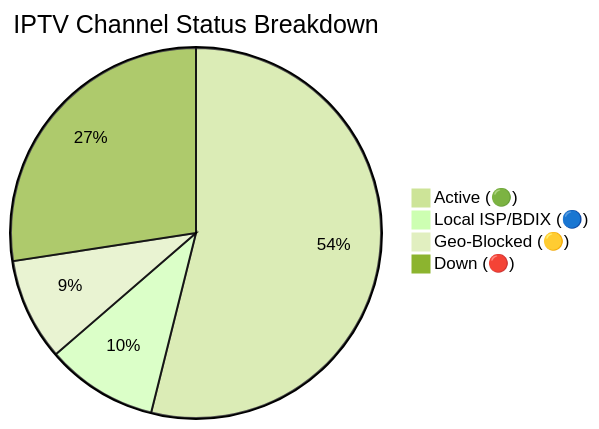
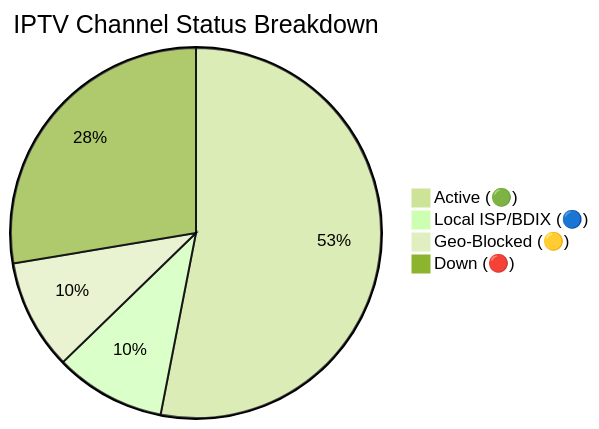
The diagram in README.md (f6388600-ai/Web), drawn with Mermaid (forest theme) before and after one commit. The commit also changed other lines of this file and 6 other files, not shown here.

````diff
--- a/README.md
+++ b/README.md
@@ -149,7 +149,7 @@
 ```mermaid
 pie title IPTV Channel Status Breakdown
-    "Active (🟢)" : 9599
-    "Local ISP/BDIX (🔵)" : 1737
-    "Geo-Blocked (🟡)" : 1589
-    "Down (🔴)" : 4885
+    "Active (🟢)" : 9480
+    "Local ISP/BDIX (🔵)" : 1728
+    "Geo-Blocked (🟡)" : 1721
+    "Down (🔴)" : 4936
 ```
````
